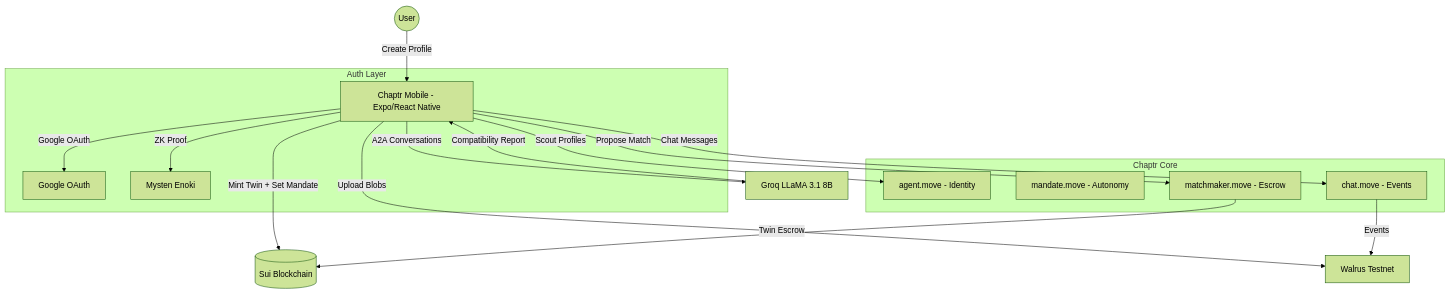
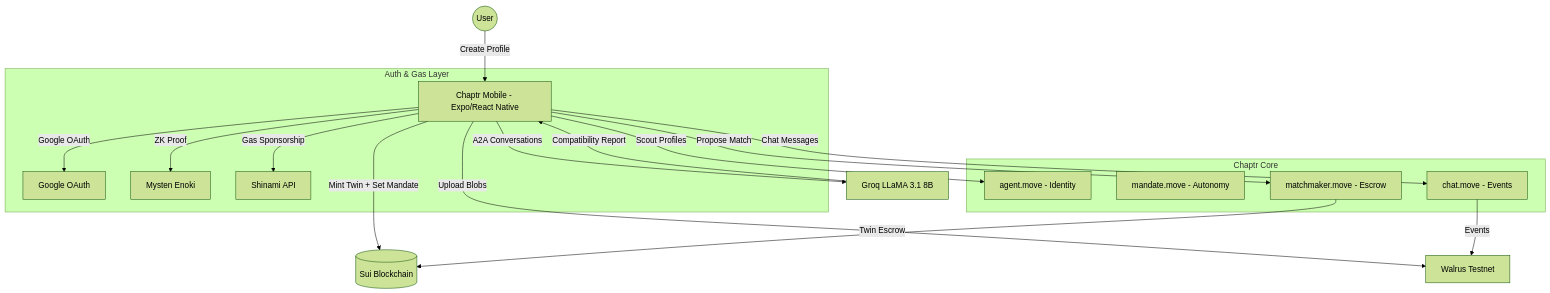
Before and after one commit to Abhay-PratapSingh-ctrl/Chaptr: the first of 7 diagrams in ARCHITECTURE.md, drawn with Mermaid (forest theme). The commit also changed other lines of this file and 1 other file, not shown here.

Commit message:
docs: update architecture and readme with Shinami gas sponsorship

````diff
--- a/ARCHITECTURE.md
+++ b/ARCHITECTURE.md
@@ -12,27 +12,28 @@
 ```mermaid
 graph TD
     User((User)) -->|Create Profile| App[Chaptr Mobile - Expo/React Native]
     App -->|Mint Twin + Set Mandate| BC[(Sui Blockchain)]
     
     subgraph "Chaptr Core"
         Agent[agent.move - Identity]
         Mandate[mandate.move - Autonomy]
         Matchmaker[matchmaker.move - Escrow]
         Chat[chat.move - Events]
     end
 
     App -->|Scout Profiles| Agent
     App -->|A2A Conversations| AI[Groq LLaMA 3.1 8B]
     AI -->|Compatibility Report| App
     App -->|Propose Match| Matchmaker
     Matchmaker -->|Twin Escrow| BC
     
     App -->|Upload Blobs| Walrus[Walrus Testnet]
     App -->|Chat Messages| Chat
     Chat -->|Events| Walrus
 
-    subgraph "Auth Layer"
+    subgraph "Auth & Gas Layer"
         App -->|Google OAuth| Google[Google OAuth]
         App -->|ZK Proof| Enoki[Mysten Enoki]
+        App -->|Gas Sponsorship| Shinami[Shinami API]
     end
 ```
````
